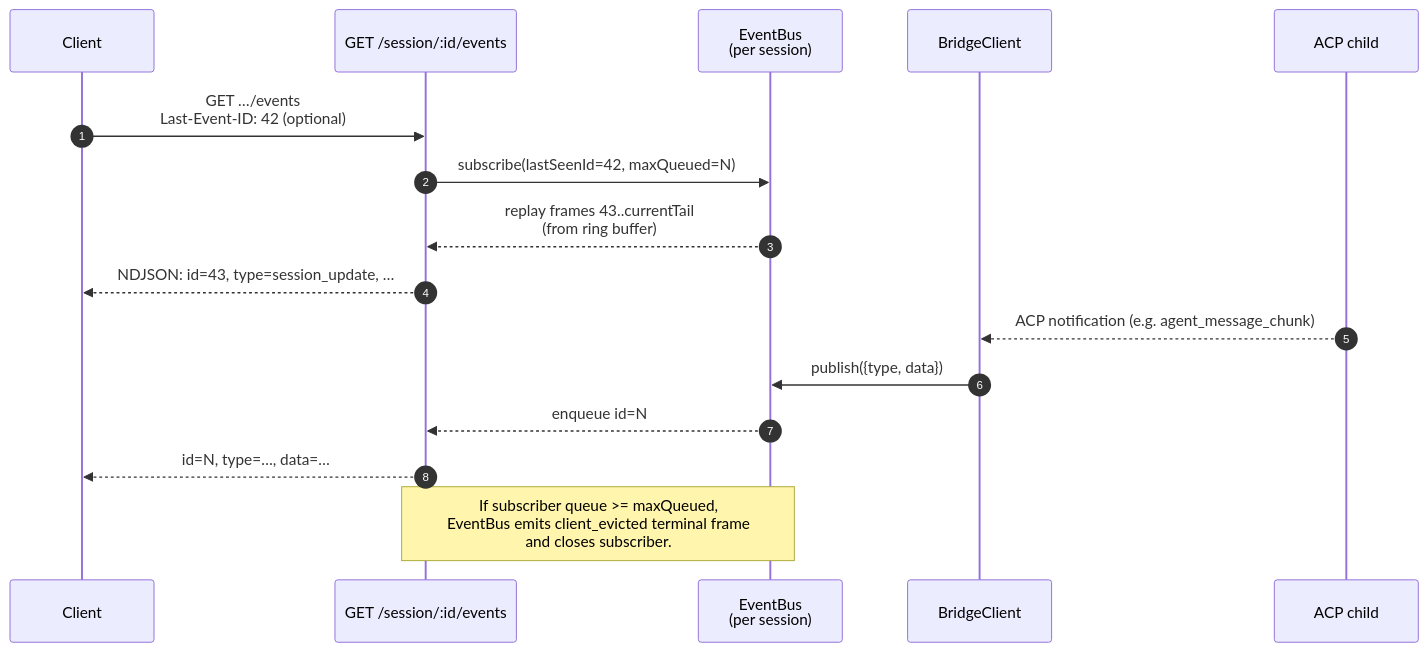
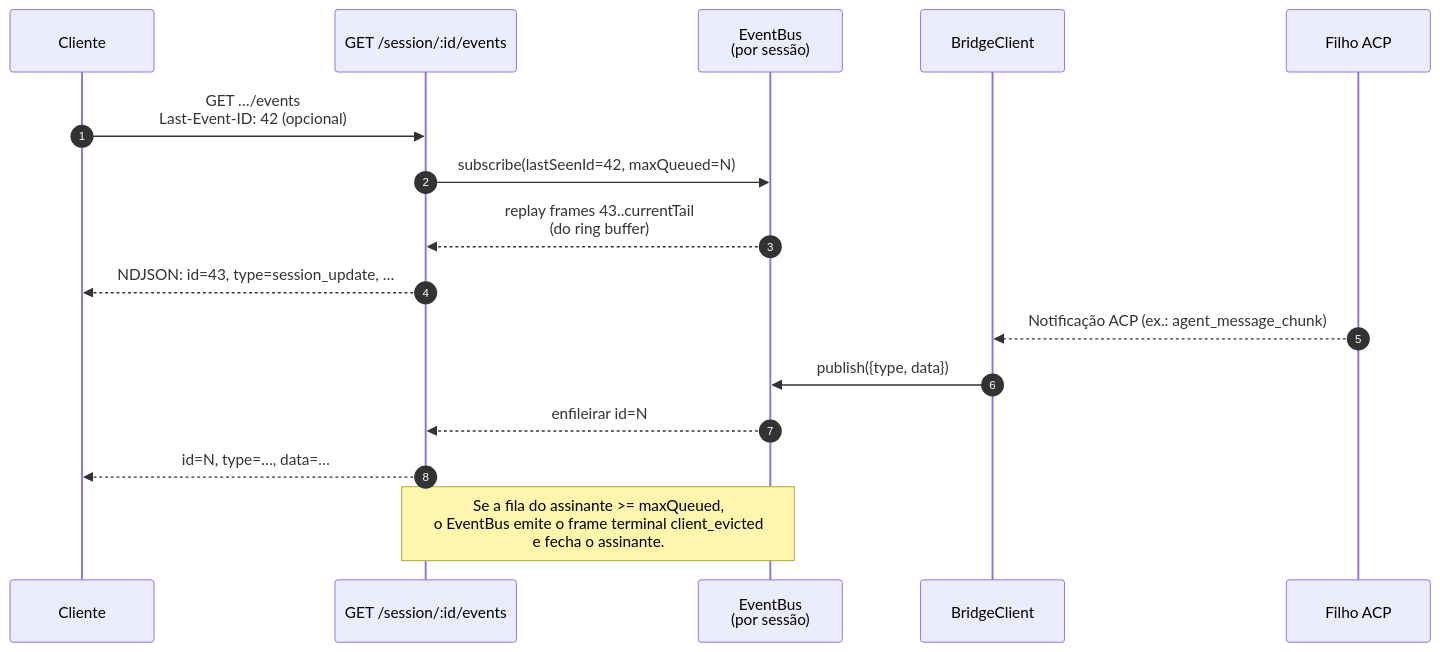
The fourth of 7 diagrams in website/content/pt-BR/developers/daemon/01-architecture.md (QwenLM/qwen-code-docs), drawn with Mermaid before and after one commit. The commit also changed other lines of this file and 1077 other files, not shown here.

````diff
--- a/website/content/pt-BR/developers/daemon/01-architecture.md
+++ b/website/content/pt-BR/developers/daemon/01-architecture.md
@@ -178,19 +179,19 @@
 ```mermaid
 sequenceDiagram
     autonumber
-    participant C as Client
+    participant C as Cliente
     participant SR as GET /session/:id/events
-    participant EB as EventBus<br/>(per session)
+    participant EB as EventBus<br/>(por sessão)
     participant BC as BridgeClient
-    participant CH as ACP child
+    participant CH as Filho ACP
 
-    C->>SR: GET …/events<br/>Last-Event-ID: 42 (optional)
+    C->>SR: GET …/events<br/>Last-Event-ID: 42 (opcional)
     SR->>EB: subscribe(lastSeenId=42, maxQueued=N)
-    EB-->>SR: replay frames 43..currentTail<br/>(from ring buffer)
+    EB-->>SR: replay frames 43..currentTail<br/>(do ring buffer)
     SR-->>C: NDJSON: id=43, type=session_update, …
-    CH-->>BC: ACP notification (e.g. agent_message_chunk)
+    CH-->>BC: Notificação ACP (ex.: agent_message_chunk)
     BC->>EB: publish({type, data})
-    EB-->>SR: enqueue id=N
+    EB-->>SR: enfileirar id=N
     SR-->>C: id=N, type=…, data=…
-    Note over EB,SR: If subscriber queue >= maxQueued,<br/>EventBus emits client_evicted terminal frame<br/>and closes subscriber.
+    Note over EB,SR: Se a fila do assinante >= maxQueued,<br/>o EventBus emite o frame terminal client_evicted<br/>e fecha o assinante.
 ```
````
